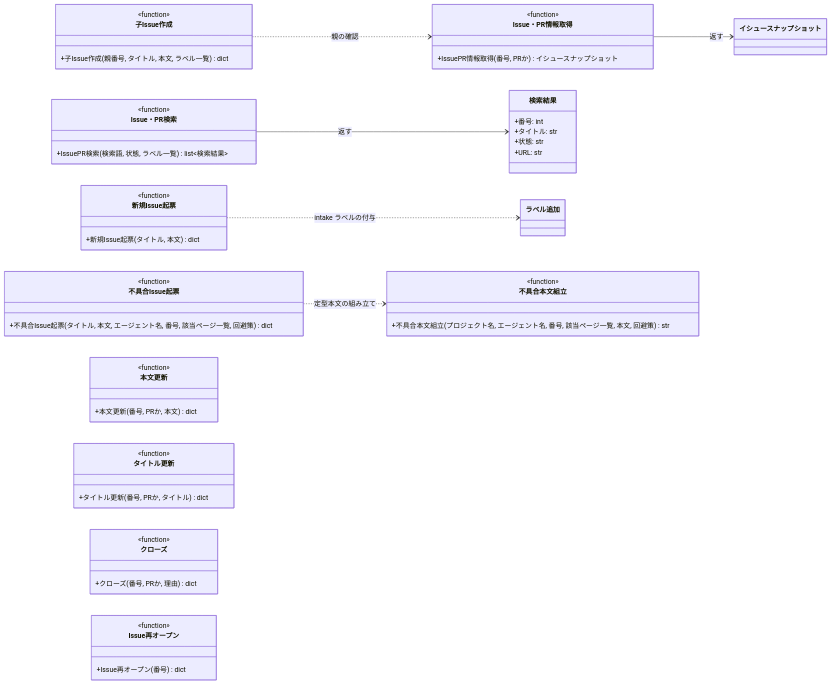
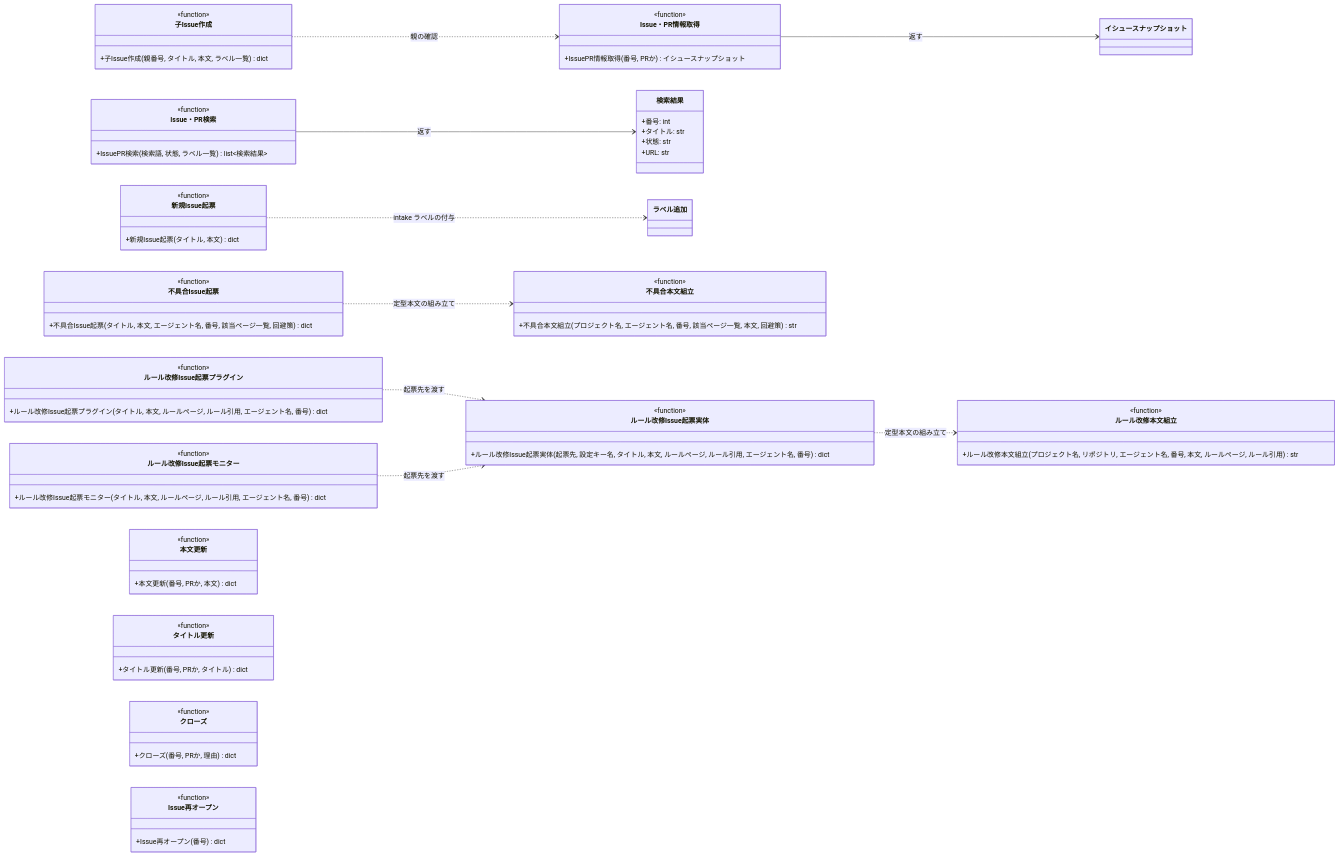
The tenth of 12 diagrams in docs/wiki/設計図/モジュール構成/MCP/GitHub操作.py.md (shuhei1101/ai-monitor), drawn with Mermaid before and after one commit. The commit also changed other lines of this file and 174 other files, not shown here.

```diff
--- a/docs/wiki/設計図/モジュール構成/MCP/GitHub操作.py.md
+++ b/docs/wiki/設計図/モジュール構成/MCP/GitHub操作.py.md
@@ -546,6 +550,9 @@
   子Issue作成 ..> IssuePR情報取得 : 親の確認
   新規Issue起票 ..> ラベル追加 : intake ラベルの付与
   不具合Issue起票 ..> 不具合本文組立 : 定型本文の組み立て
+  ルール改修Issue起票プラグイン ..> ルール改修Issue起票実体 : 起票先を渡す
+  ルール改修Issue起票モニター ..> ルール改修Issue起票実体 : 起票先を渡す
+  ルール改修Issue起票実体 ..> ルール改修本文組立 : 定型本文の組み立て
 
   class IssuePR情報取得["Issue・PR情報取得"] {
     <<function>>
@@ -583,6 +590,22 @@
     <<function>>
     +不具合Issue起票(タイトル, 本文, エージェント名, 番号, 該当ページ一覧, 回避策) dict
   }
+  class ルール改修Issue起票プラグイン {
+    <<function>>
+    +ルール改修Issue起票プラグイン(タイトル, 本文, ルールページ, ルール引用, エージェント名, 番号) dict
+  }
+  class ルール改修Issue起票モニター {
+    <<function>>
+    +ルール改修Issue起票モニター(タイトル, 本文, ルールページ, ルール引用, エージェント名, 番号) dict
+  }
+  class ルール改修Issue起票実体 {
+    <<function>>
+    +ルール改修Issue起票実体(起票先, 設定キー名, タイトル, 本文, ルールページ, ルール引用, エージェント名, 番号) dict
+  }
+  class ルール改修本文組立 {
+    <<function>>
+    +ルール改修本文組立(プロジェクト名, リポジトリ, エージェント名, 番号, 本文, ルールページ, ルール引用) str
+  }
   class 不具合本文組立 {
     <<function>>
     +不具合本文組立(プロジェクト名, エージェント名, 番号, 該当ページ一覧, 本文, 回避策) str
@@ -608,6 +631,10 @@
   click 新規Issue起票 href "#新規issue起票"
   click 不具合Issue起票 href "#不具合issue起票"
   click 不具合本文組立 href "#不具合本文組立"
+  click ルール改修Issue起票プラグイン href "#ルール改修issue起票プラグイン"
+  click ルール改修Issue起票モニター href "#ルール改修issue起票モニター"
+  click ルール改修Issue起票実体 href "#ルール改修issue起票実体"
+  click ルール改修本文組立 href "#ルール改修本文組立"
   click 検索結果 href "#検索結果"
   click イシュースナップショット href "#イシュースナップショット"
   click ラベル追加 href "#ラベル追加"
```
